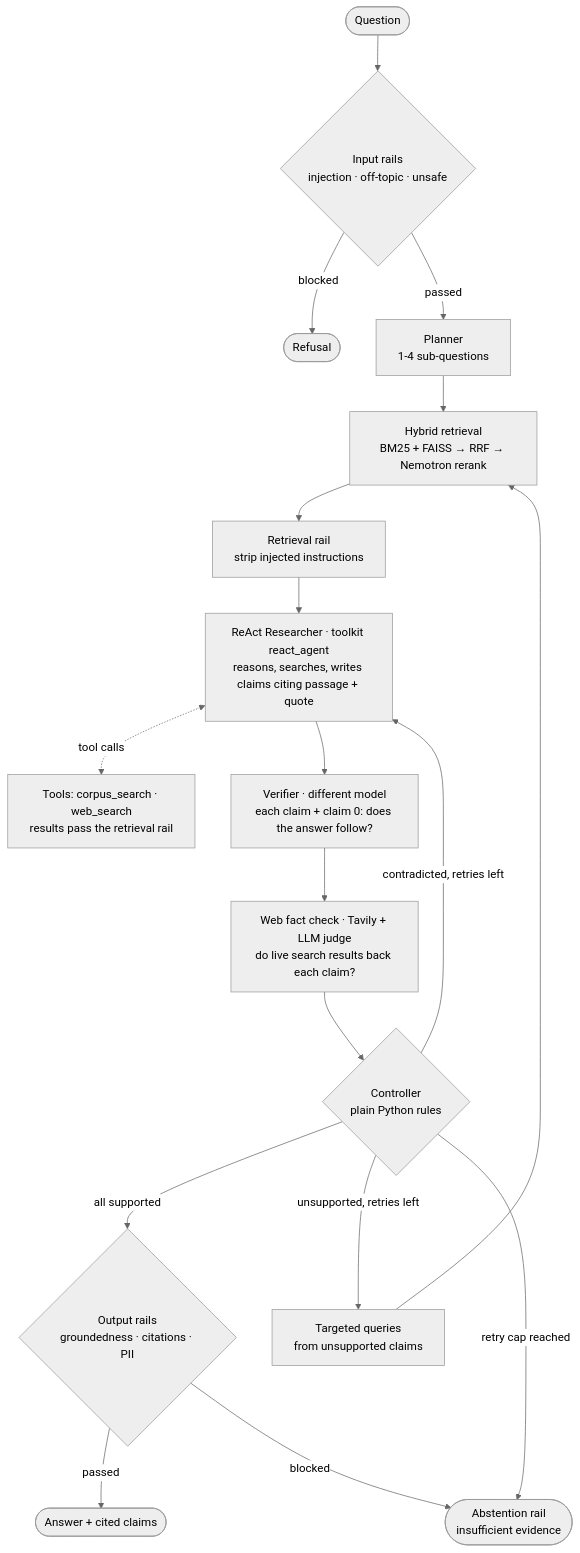
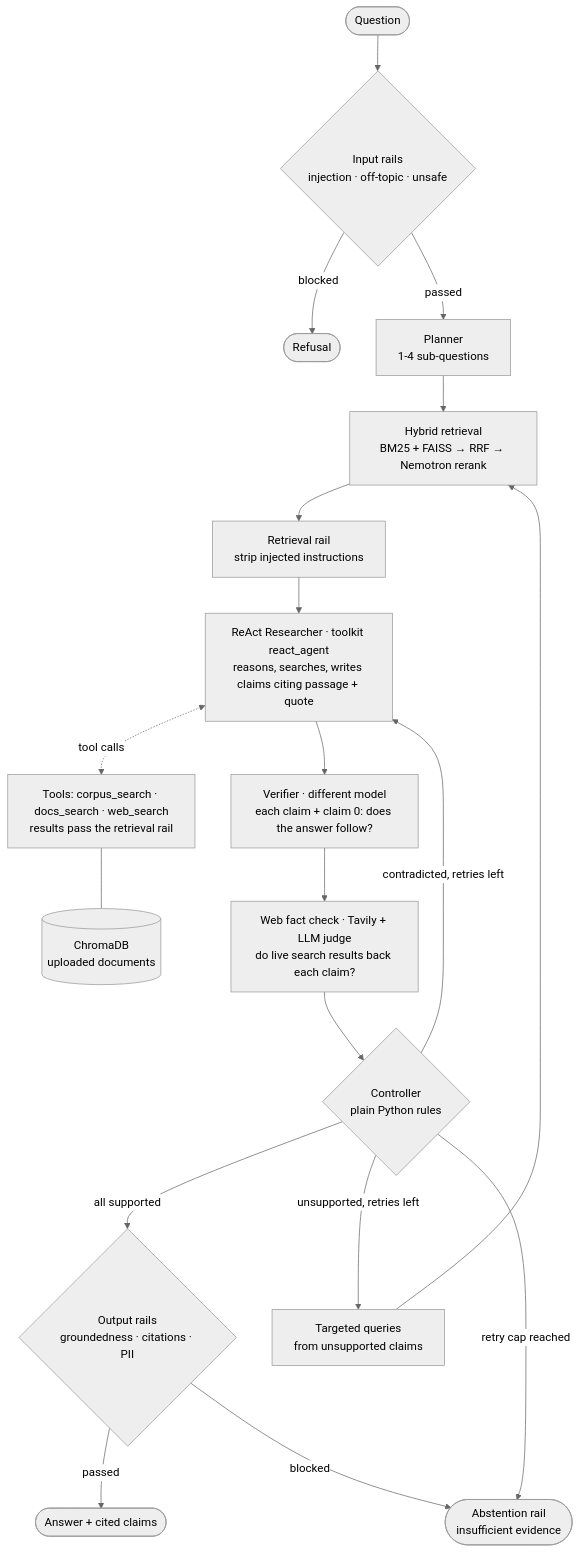
Before and after one commit to alankudakkad17/Self-correcting-RAG-NeMo-: the diagram in README.md, drawn with Mermaid (neutral theme). The commit also changed other lines of this file and 23 other files, not shown here.

````diff
--- a/README.md
+++ b/README.md
@@ -13,19 +13,20 @@
 ```mermaid
 flowchart TD
     Q([Question]) --> IR{Input rails<br/>injection · off-topic · unsafe}
     IR -- blocked --> REF([Refusal])
     IR -- passed --> P[Planner<br/>1-4 sub-questions]
     P --> R[Hybrid retrieval<br/>BM25 + FAISS → RRF → Nemotron rerank]
     R --> RR[Retrieval rail<br/>strip injected instructions]
     RR --> RS[ReAct Researcher · toolkit react_agent<br/>reasons, searches, writes claims citing passage + quote]
-    RS <-. tool calls .-> T[Tools: corpus_search · web_search<br/>results pass the retrieval rail]
+    RS <-. tool calls .-> T[Tools: corpus_search · docs_search · web_search<br/>results pass the retrieval rail]
+    T --- UD[(ChromaDB<br/>uploaded documents)]
     RS --> V[Verifier · different model<br/>each claim + claim 0: does the answer follow?]
     V --> W[Web fact check · Tavily + LLM judge<br/>do live search results back each claim?]
     W --> C{Controller<br/>plain Python rules}
     C -- all supported --> OR{Output rails<br/>groundedness · citations · PII}
     C -- unsupported, retries left --> TQ[Targeted queries<br/>from unsupported claims] --> R
     C -- contradicted, retries left --> RS
     C -- retry cap reached --> AB([Abstention rail<br/>insufficient evidence])
     OR -- passed --> A([Answer + cited claims])
     OR -- blocked --> AB
 ```
````
